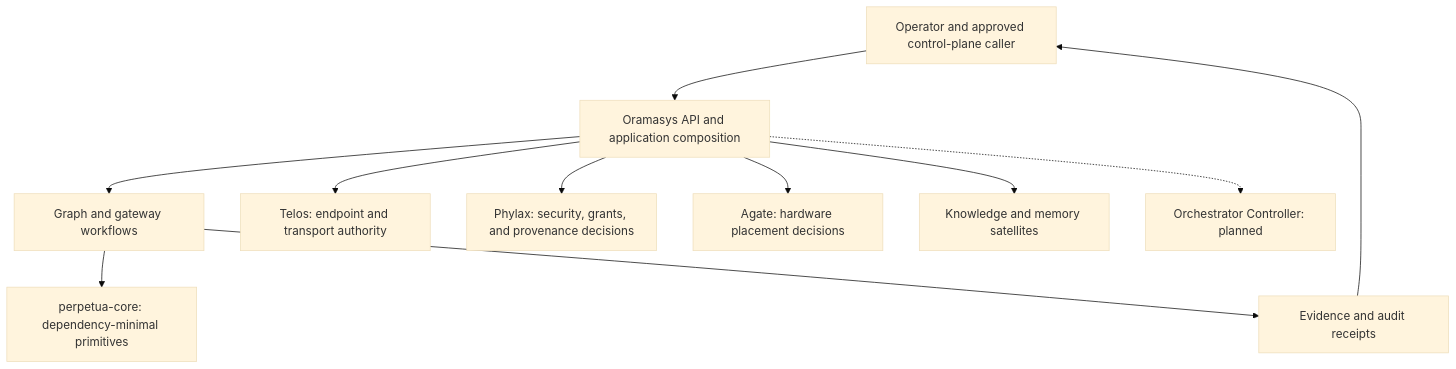
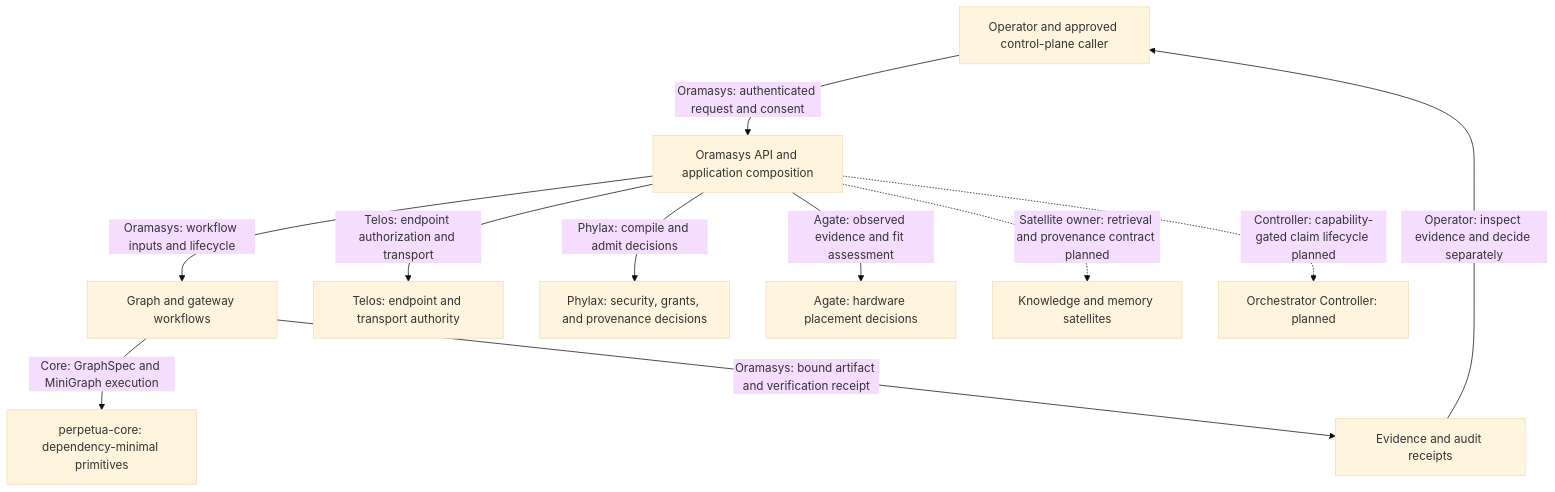
Before and after one commit to oramasys/oramasys: the first of 2 diagrams in ARCHITECTURE.md, drawn with Mermaid (base theme). The commit also changed other lines of this file and 2 other files, not shown here.

Commit message:
docs(architecture): label owner contracts and enforce pinned graph-map parity

````diff
--- a/ARCHITECTURE.md
+++ b/ARCHITECTURE.md
@@ -19,13 +19,13 @@
 ```mermaid
 flowchart TB
-    O[Operator and approved control-plane caller] --> A[Oramasys API and application composition]
-    A --> G[Graph and gateway workflows]
-    G --> C[perpetua-core: dependency-minimal primitives]
-    A --> T[Telos: endpoint and transport authority]
-    A --> P[Phylax: security, grants, and provenance decisions]
-    A --> H[Agate: hardware placement decisions]
-    A --> K[Knowledge and memory satellites]
-    A -.-> OC[Orchestrator Controller: planned]
-    G --> E[Evidence and audit receipts]
-    E --> O
+    O[Operator and approved control-plane caller] -->|Oramasys: authenticated request and consent| A[Oramasys API and application composition]
+    A -->|Oramasys: workflow inputs and lifecycle| G[Graph and gateway workflows]
+    G -->|Core: GraphSpec and MiniGraph execution| C[perpetua-core: dependency-minimal primitives]
+    A -->|Telos: endpoint authorization and transport| T[Telos: endpoint and transport authority]
+    A -->|Phylax: compile and admit decisions| P[Phylax: security, grants, and provenance decisions]
+    A -->|Agate: observed evidence and fit assessment| H[Agate: hardware placement decisions]
+    A -.->|Satellite owner: retrieval and provenance contract planned| K[Knowledge and memory satellites]
+    A -.->|Controller: capability-gated claim lifecycle planned| OC[Orchestrator Controller: planned]
+    G -->|Oramasys: bound artifact and verification receipt| E[Evidence and audit receipts]
+    E -->|Operator: inspect evidence and decide separately| O
 ```
````
